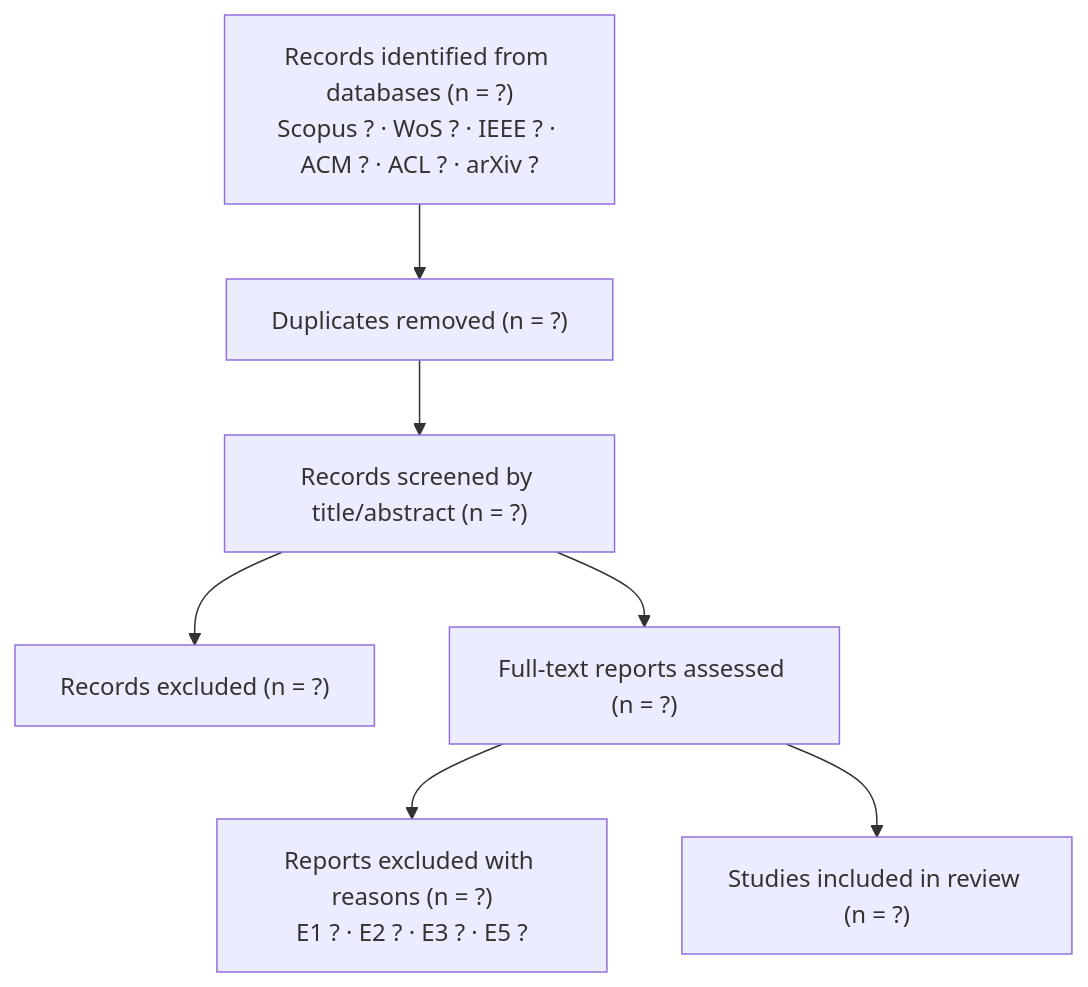
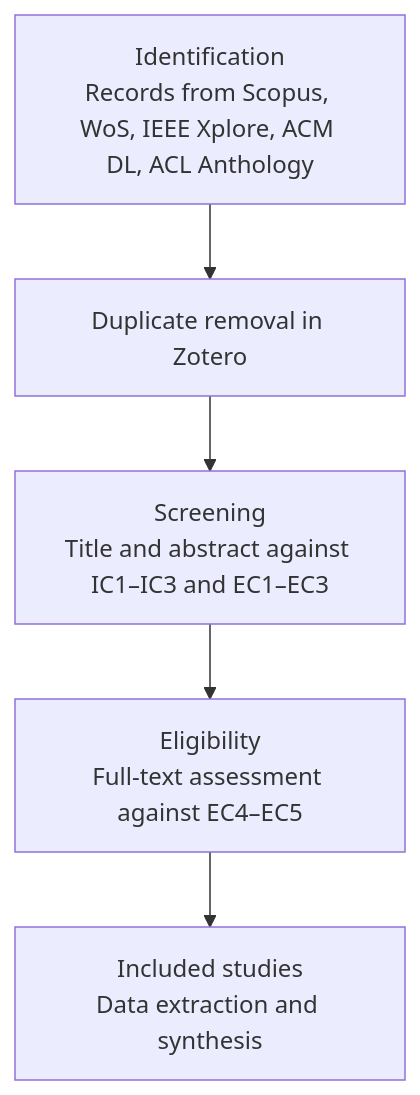
One commit to Enki665/UNMSM-Research-Methods-2026-II changed the diagram in 04_Literature_Review_PRISMA/PRISMA_Review_Protocol_v0.1.md. Above: the diagram before and after it, drawn with Mermaid. The commit also changed other lines of this file and 22 other files, not shown here.

````diff
--- a/04_Literature_Review_PRISMA/PRISMA_Review_Protocol_v0.1.md
+++ b/04_Literature_Review_PRISMA/PRISMA_Review_Protocol_v0.1.md
@@ -46,9 +89,7 @@
 ```mermaid
 flowchart TD
-    A["Records identified from databases (n = ?)<br/>Scopus ? · WoS ? · IEEE ? · ACM ? · ACL ? · arXiv ?"] --> B["Duplicates removed (n = ?)"]
-    B --> C["Records screened by title/abstract (n = ?)"]
-    C --> D["Records excluded (n = ?)"]
-    C --> E["Full-text reports assessed (n = ?)"]
-    E --> F["Reports excluded with reasons (n = ?)<br/>E1 ? · E2 ? · E3 ? · E5 ?"]
-    E --> G["Studies included in review (n = ?)"]
+    A["Identification<br/>Records from Scopus, WoS, IEEE Xplore, ACM DL, ACL Anthology"] --> B["Duplicate removal in Zotero"]
+    B --> C["Screening<br/>Title and abstract against IC1–IC3 and EC1–EC3"]
+    C --> D["Eligibility<br/>Full-text assessment against EC4–EC5"]
+    D --> E["Included studies<br/>Data extraction and synthesis"]
 ```
````
